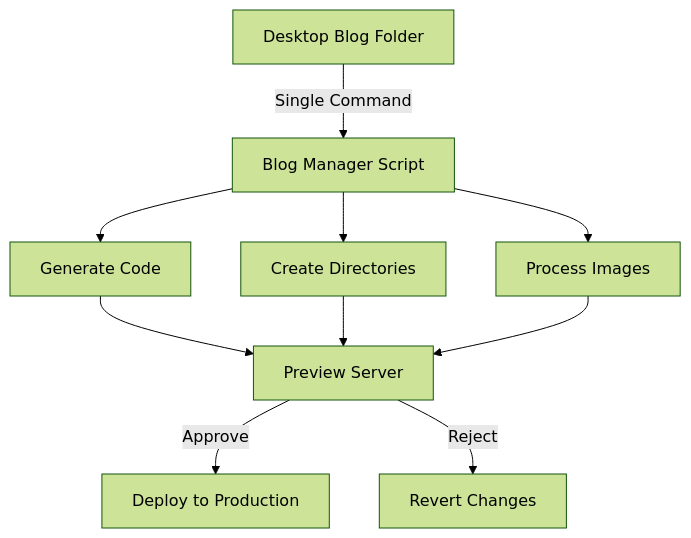
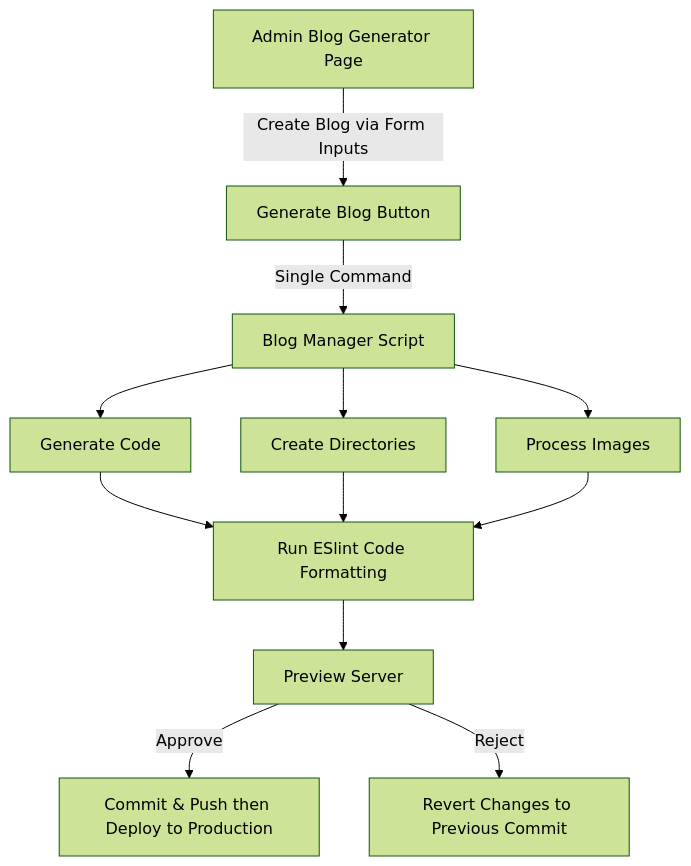
The diagram in README.md (RoySchor/aroundtheworld50s), drawn with Mermaid (forest theme) before and after one commit.

````diff
--- a/README.md
+++ b/README.md
@@ -133,12 +133,14 @@
 ```mermaid
 graph TD
-    A[Desktop Blog Folder] -->|Single Command| B[Blog Manager Script]
-    B --> C[Generate Code]
-    B --> D[Create Directories]
-    B --> E[Process Images]
-    C --> F[Preview Server]
-    D --> F
-    E --> F
-    F -->|Approve| G[Deploy to Production]
-    F -->|Reject| H[Revert Changes]
+    A[Admin Blog Generator Page] -->|Create Blog via Form Inputs| B[Generate Blog Button]
+    B[Generate Blog Button] -->|Single Command| C[Blog Manager Script]
+    C --> D[Generate Code]
+    C --> E[Create Directories]
+    C --> F[Process Images]
+    D --> G[Run ESlint Code Formatting]
+    G --> H[Preview Server]
+    E --> G
+    F --> G
+    H -->|Approve| I[Commit & Push then Deploy to Production]
+    H -->|Reject| J[Revert Changes to Previous Commit]
 ```
````
